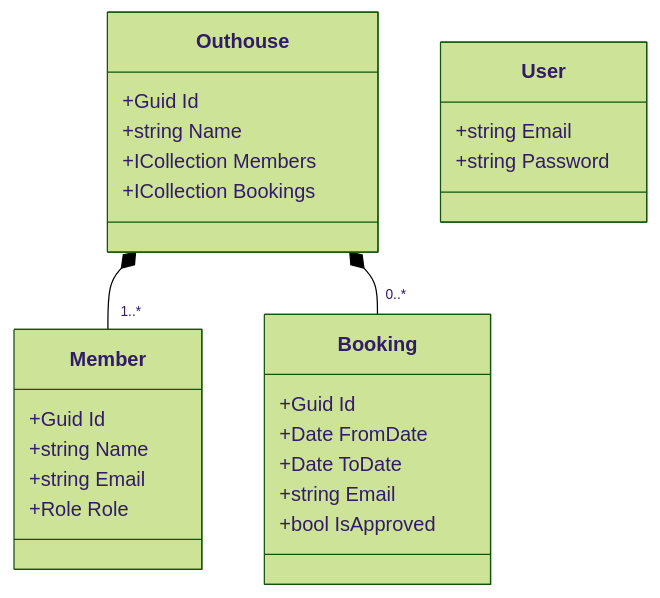
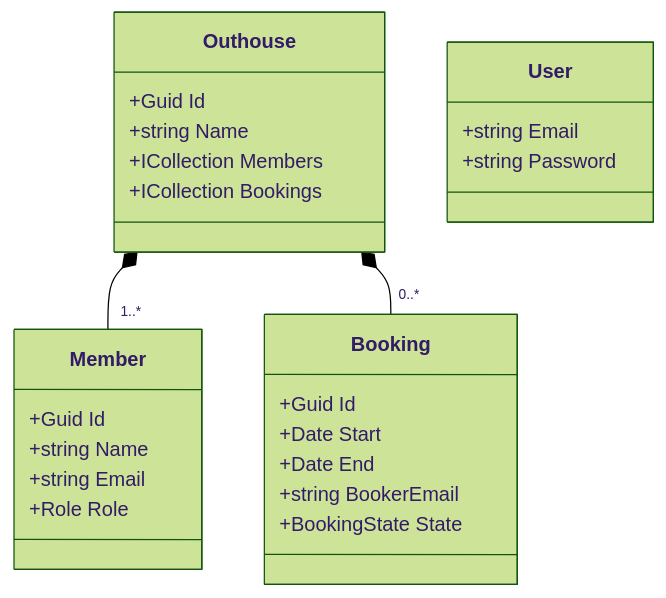
The diagram in README.md (janheindejong/outhouse), drawn with Mermaid (forest theme) before and after one commit. The commit also changed other lines of this file and 5 other files, not shown here.

````diff
--- a/README.md
+++ b/README.md
@@ -9,33 +9,33 @@
 ```mermaid 
 classDiagram
 
 class Outhouse {
    +Guid Id
    +string Name 
    +ICollection<Member> Members
    +ICollection<Booking> Bookings
 }
 
 class Member {
    +Guid Id 
    +string Name 
    +string Email
    +Role Role
 }
 
 class Booking {
     +Guid Id
-    +Date FromDate
-    +Date ToDate
-    +string Email
-    +bool IsApproved
+    +Date Start
+    +Date End
+    +string BookerEmail
+    +BookingState State
 }
 
 class User {
     +string Email
     +string Password
 }
 
 Outhouse *-- "1..*" Member
 Outhouse *-- "0..*" Booking
 ```
````
